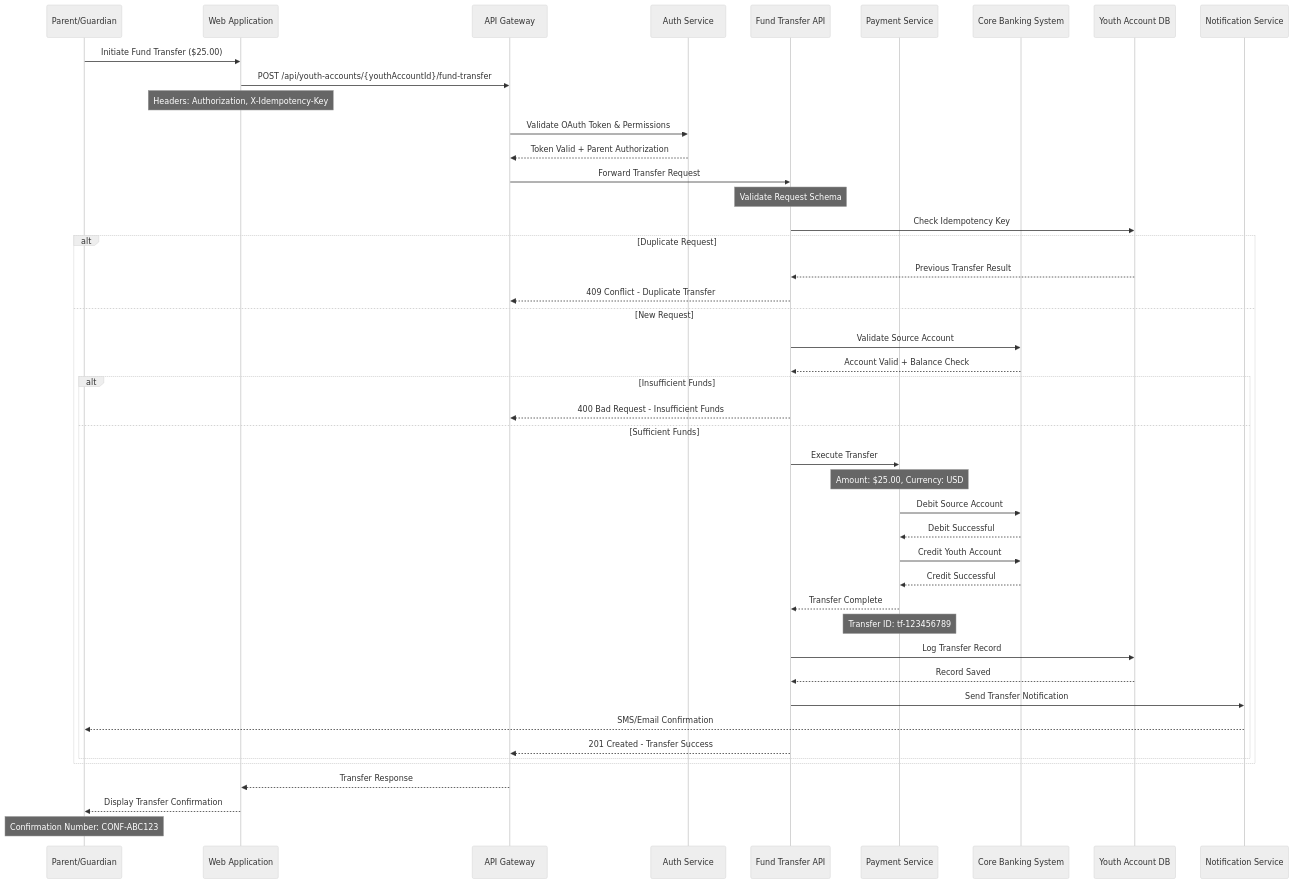
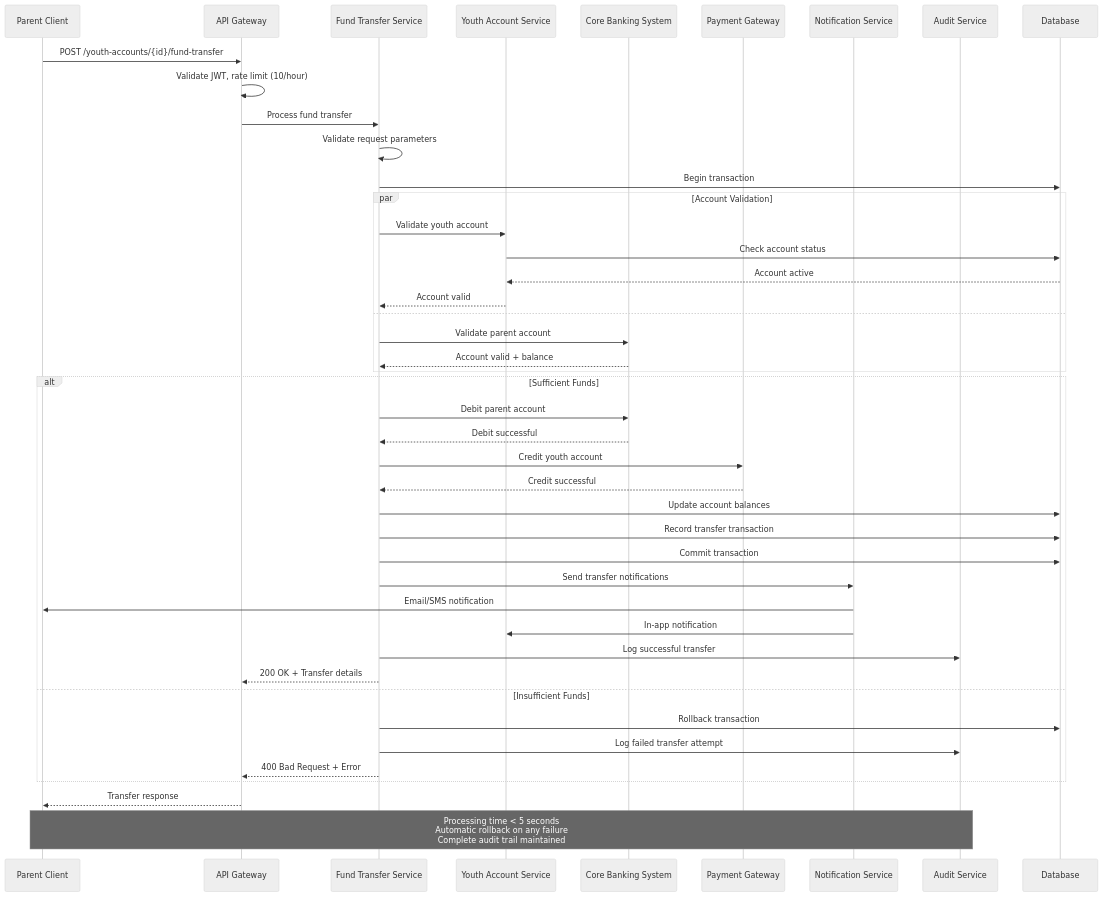
The third of 7 diagrams in API Development/Components and Sequence Diagrams/sequence_diagram.md (ThapaswiASC/SCIB-INCEPTION-PHASE-DEMO), drawn with Mermaid (neutral theme) before and after one commit. The commit also changed other lines of this file and 1 other file, not shown here.

````diff
--- a/API Development/Components and Sequence Diagrams/sequence_diagram.md
+++ b/API Development/Components and Sequence Diagrams/sequence_diagram.md
@@ -67,59 +114,57 @@
 ```mermaid
 sequenceDiagram
-    participant Parent as Parent/Guardian
-    participant WebApp as Web Application
-    participant APIGateway as API Gateway
-    participant AuthService as Auth Service
-    participant TransferAPI as Fund Transfer API
-    participant PaymentService as Payment Service
+    participant Parent as Parent Client
+    participant Gateway as API Gateway
+    participant TransferSvc as Fund Transfer Service
+    participant YouthSvc as Youth Account Service
     participant CoreBank as Core Banking System
-    participant Database as Youth Account DB
-    participant NotificationSvc as Notification Service
-
-    Parent->>WebApp: Initiate Fund Transfer ($25.00)
-    WebApp->>APIGateway: POST /api/youth-accounts/{youthAccountId}/fund-transfer
-    Note over WebApp: Headers: Authorization, X-Idempotency-Key
+    participant PayGateway as Payment Gateway
+    participant NotifSvc as Notification Service
+    participant Audit as Audit Service
+    participant DB as Database
     
-    APIGateway->>AuthService: Validate OAuth Token & Permissions
-    AuthService-->>APIGateway: Token Valid + Parent Authorization
+    Parent->>Gateway: POST /youth-accounts/{id}/fund-transfer
+    Gateway->>Gateway: Validate JWT, rate limit (10/hour)
+    Gateway->>TransferSvc: Process fund transfer
     
-    APIGateway->>TransferAPI: Forward Transfer Request
-    Note over TransferAPI: Validate Request Schema
+    TransferSvc->>TransferSvc: Validate request parameters
+    TransferSvc->>DB: Begin transaction
     
-    TransferAPI->>Database: Check Idempotency Key
-    alt Duplicate Request
-        Database-->>TransferAPI: Previous Transfer Result
-        TransferAPI-->>APIGateway: 409 Conflict - Duplicate Transfer
-    else New Request
-        TransferAPI->>CoreBank: Validate Source Account
-        CoreBank-->>TransferAPI: Account Valid + Balance Check
-        
-        alt Insufficient Funds
-            TransferAPI-->>APIGateway: 400 Bad Request - Insufficient Funds
-        else Sufficient Funds
-            TransferAPI->>PaymentService: Execute Transfer
-            Note over PaymentService: Amount: $25.00, Currency: USD
-            
-            PaymentService->>CoreBank: Debit Source Account
-            CoreBank-->>PaymentService: Debit Successful
-            
-            PaymentService->>CoreBank: Credit Youth Account
-            CoreBank-->>PaymentService: Credit Successful
-            
-            PaymentService-->>TransferAPI: Transfer Complete
-            Note over PaymentService: Transfer ID: tf-123456789
-            
-            TransferAPI->>Database: Log Transfer Record
-            Database-->>TransferAPI: Record Saved
-            
-            TransferAPI->>NotificationSvc: Send Transfer Notification
-            NotificationSvc-->>Parent: SMS/Email Confirmation
-            
-            TransferAPI-->>APIGateway: 201 Created - Transfer Success
-        end
+    par Account Validation
+        TransferSvc->>YouthSvc: Validate youth account
+        YouthSvc->>DB: Check account status
+        DB-->>YouthSvc: Account active
+        YouthSvc-->>TransferSvc: Account valid
+    and
+        TransferSvc->>CoreBank: Validate parent account
+        CoreBank-->>TransferSvc: Account valid + balance
     end
     
-    APIGateway-->>WebApp: Transfer Response
-    WebApp-->>Parent: Display Transfer Confirmation
-    Note over Parent: Confirmation Number: CONF-ABC123
+    alt Sufficient Funds
+        TransferSvc->>CoreBank: Debit parent account
+        CoreBank-->>TransferSvc: Debit successful
+        
+        TransferSvc->>PayGateway: Credit youth account
+        PayGateway-->>TransferSvc: Credit successful
+        
+        TransferSvc->>DB: Update account balances
+        TransferSvc->>DB: Record transfer transaction
+        TransferSvc->>DB: Commit transaction
+        
+        TransferSvc->>NotifSvc: Send transfer notifications
+        NotifSvc->>Parent: Email/SMS notification
+        NotifSvc->>YouthSvc: In-app notification
+        
+        TransferSvc->>Audit: Log successful transfer
+        TransferSvc-->>Gateway: 200 OK + Transfer details
+        
+    else Insufficient Funds
+        TransferSvc->>DB: Rollback transaction
+        TransferSvc->>Audit: Log failed transfer attempt
+        TransferSvc-->>Gateway: 400 Bad Request + Error
+    end
+    
+    Gateway-->>Parent: Transfer response
+    
+    Note over Parent,Audit: Processing time < 5 seconds<br/>Automatic rollback on any failure<br/>Complete audit trail maintained
 ```
````
